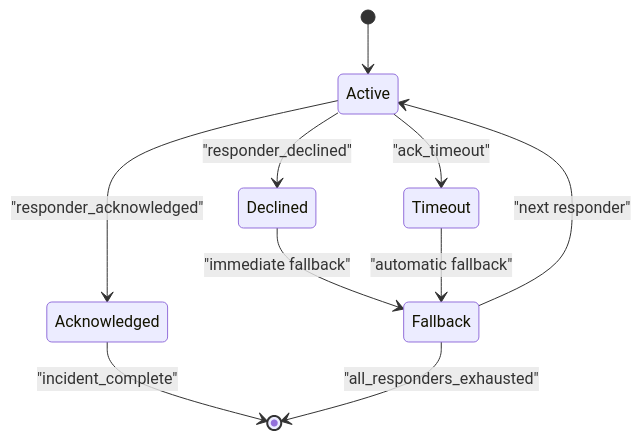
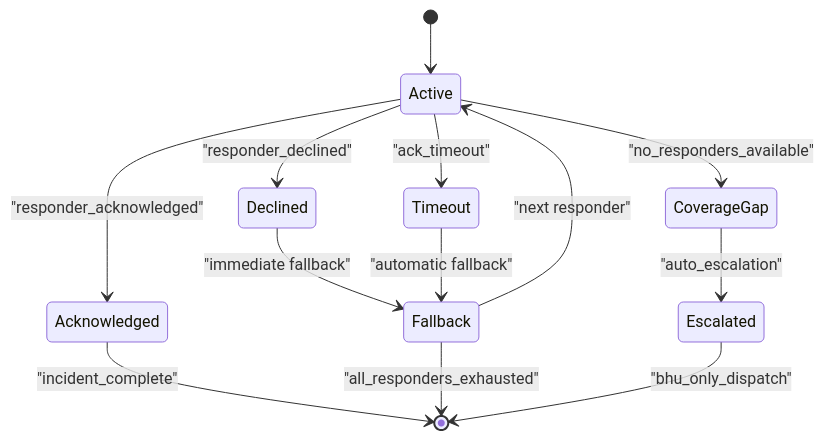
Before and after one commit to M-Rumman/LifeLine-Ride: the fifth of 9 diagrams in .qoder/repowiki/en/content/Matching & Dispatch Engine.md, drawn with Mermaid. The commit also changed other lines of this file and 4121 other files, not shown here.

````diff
--- a/.qoder/repowiki/en/content/Matching & Dispatch Engine.md
+++ b/.qoder/repowiki/en/content/Matching & Dispatch Engine.md
@@ -180,12 +238,15 @@
 ```mermaid
 stateDiagram-v2
 [*] --> Active
 Active --> Acknowledged : "responder_acknowledged"
 Active --> Declined : "responder_declined"
 Active --> Timeout : "ack_timeout"
+Active --> CoverageGap : "no_responders_available"
 Acknowledged --> [*] : "incident_complete"
 Declined --> Fallback : "immediate fallback"
 Timeout --> Fallback : "automatic fallback"
+CoverageGap --> Escalated : "auto_escalation"
 Fallback --> Active : "next responder"
 Fallback --> [*] : "all_responders_exhausted"
+Escalated --> [*] : "bhu_only_dispatch"
 ```
````
